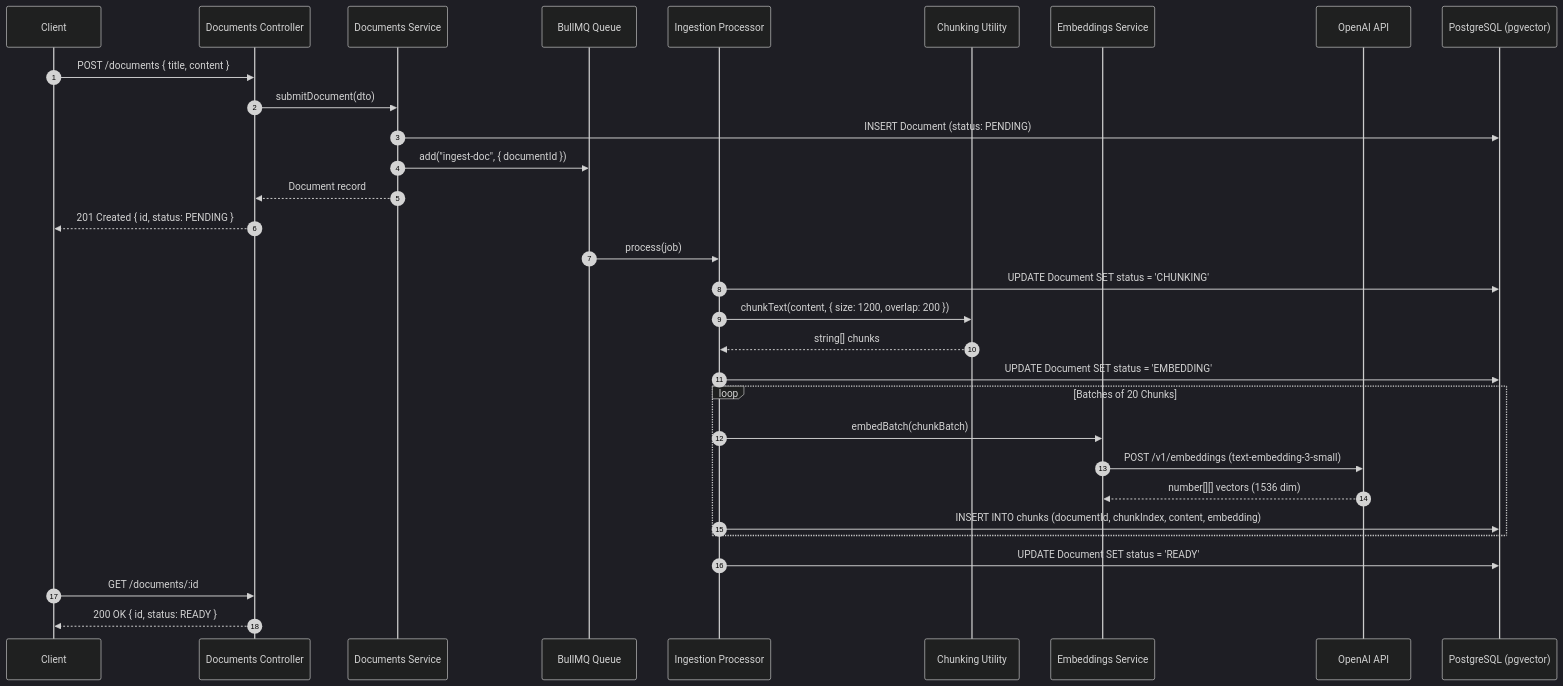
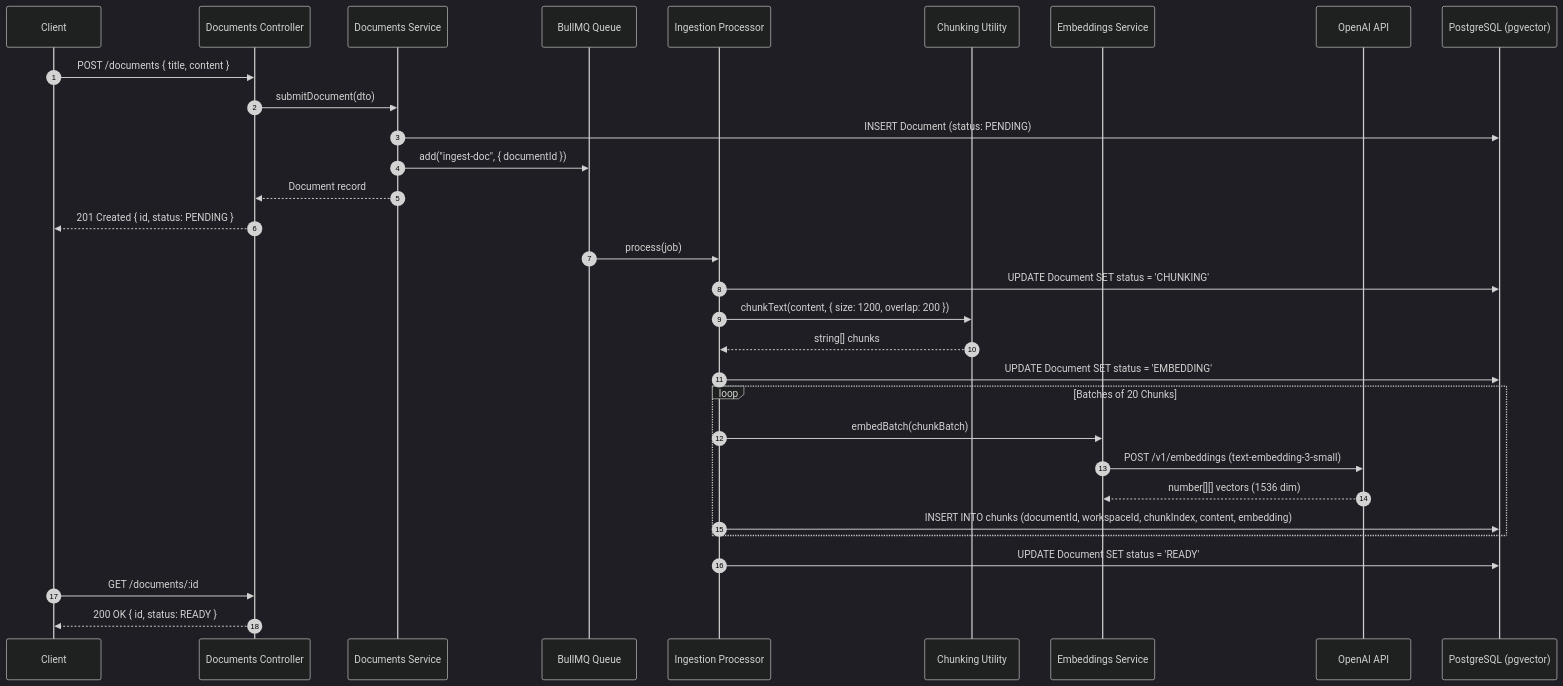
One commit to mo74x/Docmind changed the third of 10 diagrams in README.md. Above: the diagram before and after it, drawn with Mermaid (dark theme). The commit also changed other lines of this file and 36 other files, not shown here.

````diff
--- a/README.md
+++ b/README.md
@@ -254,37 +285,37 @@
 ```mermaid
 sequenceDiagram
     autonumber
     participant Client
     participant Controller as Documents Controller
     participant Service as Documents Service
     participant Queue as BullMQ Queue
     participant Worker as Ingestion Processor
     participant Chunker as Chunking Utility
     participant Embedder as Embeddings Service
     participant OpenAI as OpenAI API
     participant DB as PostgreSQL (pgvector)
 
     Client->>Controller: POST /documents { title, content }
     Controller->>Service: submitDocument(dto)
     Service->>DB: INSERT Document (status: PENDING)
     Service->>Queue: add("ingest-doc", { documentId })
     Service-->>Controller: Document record
     Controller-->>Client: 201 Created { id, status: PENDING }
 
     Queue->>Worker: process(job)
     Worker->>DB: UPDATE Document SET status = 'CHUNKING'
     Worker->>Chunker: chunkText(content, { size: 1200, overlap: 200 })
     Chunker-->>Worker: string[] chunks
 
     Worker->>DB: UPDATE Document SET status = 'EMBEDDING'
     loop Batches of 20 Chunks
         Worker->>Embedder: embedBatch(chunkBatch)
         Embedder->>OpenAI: POST /v1/embeddings (text-embedding-3-small)
         OpenAI-->>Embedder: number[][] vectors (1536 dim)
-        Worker->>DB: INSERT INTO chunks (documentId, chunkIndex, content, embedding)
+        Worker->>DB: INSERT INTO chunks (documentId, workspaceId, chunkIndex, content, embedding)
     end
 
     Worker->>DB: UPDATE Document SET status = 'READY'
     Client->>Controller: GET /documents/:id
     Controller-->>Client: 200 OK { id, status: READY }
 ```
````
